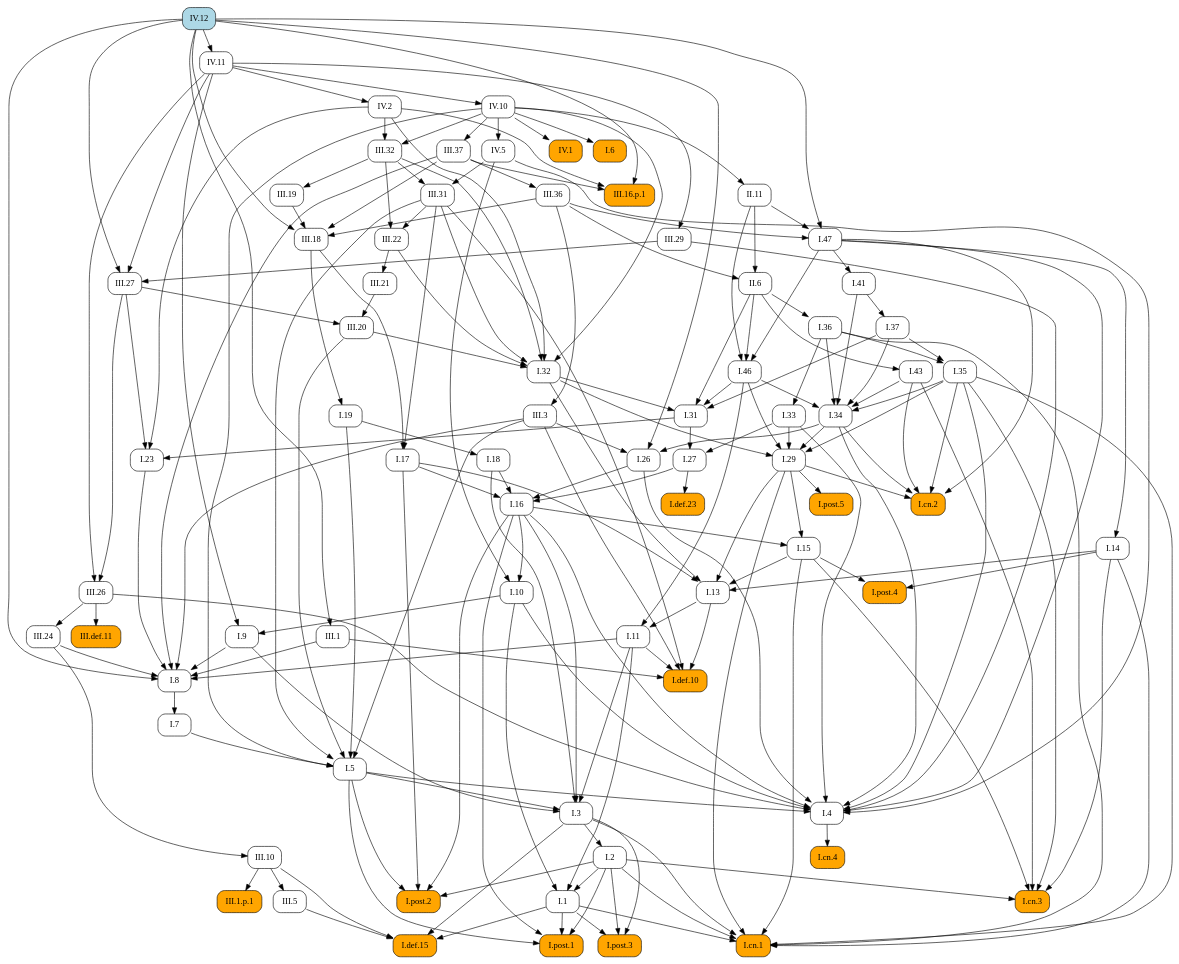
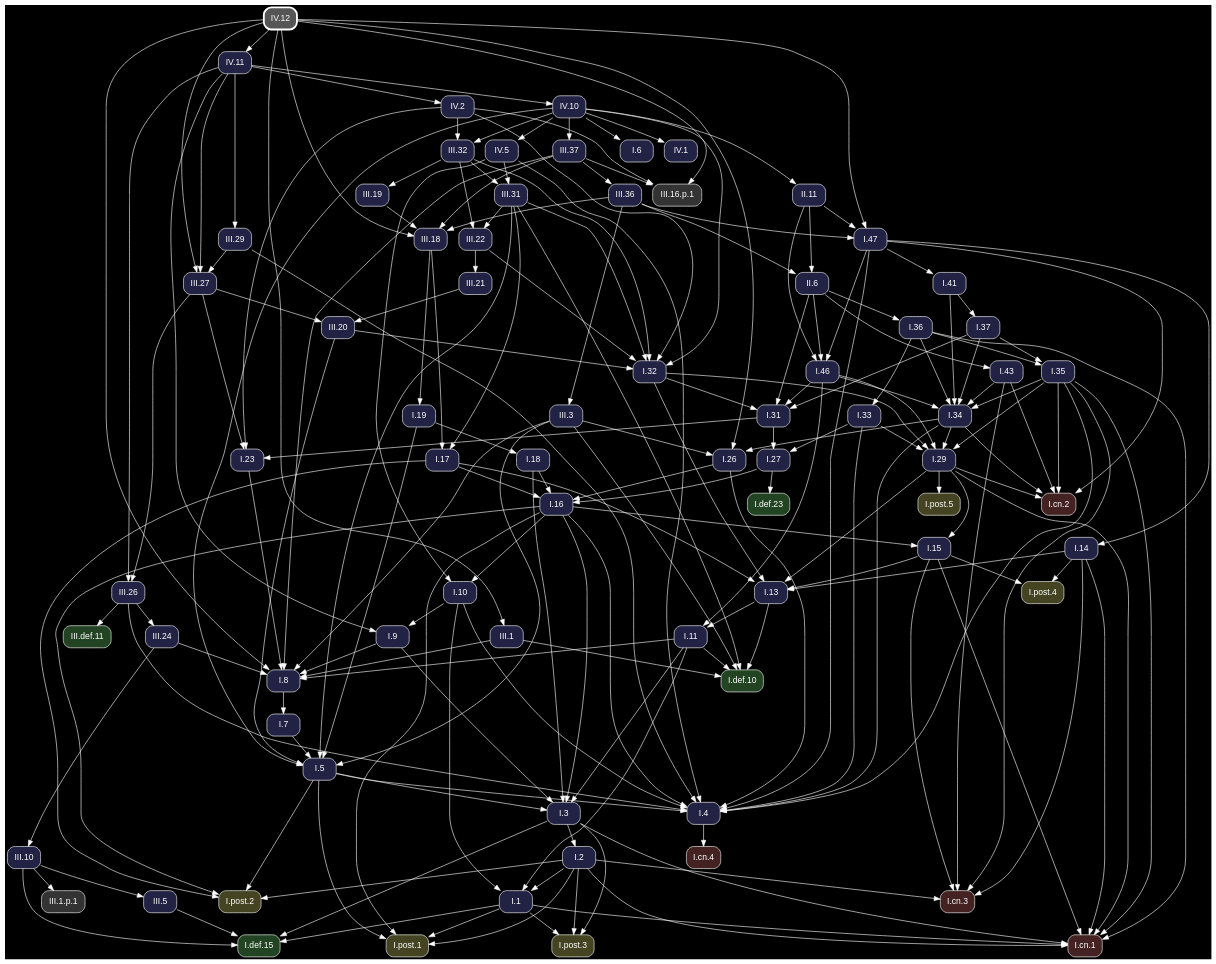
The diagram in docsrc/heath/IV/12/index.rst (geometor/elements), drawn with Graphviz before and after one commit. The commit also changed other lines of this file and 1200 other files, not shown here.

Commit message:
update dependency graphs

```diff
--- a/docsrc/heath/IV/12/index.rst
+++ b/docsrc/heath/IV/12/index.rst
@@ -143,142 +143,205 @@
 .. graphviz::
 
    digraph {
+     bgcolor="black";
+     node [shape=box, style="rounded,filled", fontname="Helvetica", color="white", fontcolor="white"];
+     edge [color="white", fontcolor="white"];
      rankdir="TB";
-     node [shape=box, style=rounded];
-     "I.23" [URL="/heath/I/23/", target="_top"];
-     "I.9" [URL="/heath/I/9/", target="_top"];
-     "III.16.p.1" [style="rounded,filled", fillcolor=orange];
-     "III.24" [URL="/heath/III/24/", target="_top"];
-     "IV.1" [style="rounded,filled", fillcolor=orange, URL="/heath/IV/1/", target="_top"];
-     "I.def.15" [style="rounded,filled", fillcolor=orange, URL="/heath/I/def.15/", target="_top"];
-     "I.post.1" [style="rounded,filled", fillcolor=orange, URL="/heath/I/post.1/", target="_top"];
-     "I.19" [URL="/heath/I/19/", target="_top"];
-     "III.20" [URL="/heath/III/20/", target="_top"];
-     "I.43" [URL="/heath/I/43/", target="_top"];
-     "III.19" [URL="/heath/III/19/", target="_top"];
-     "I.31" [URL="/heath/I/31/", target="_top"];
-     "III.22" [URL="/heath/III/22/", target="_top"];
-     "I.def.10" [style="rounded,filled", fillcolor=orange, URL="/heath/I/def.10/", target="_top"];
-     "IV.12" [style="rounded,filled", fillcolor=lightblue, URL="/heath/IV/12/", target="_top"];
-     "I.14" [URL="/heath/I/14/", target="_top"];
-     "I.34" [URL="/heath/I/34/", target="_top"];
-     "I.3" [URL="/heath/I/3/", target="_top"];
-     "III.18" [URL="/heath/III/18/", target="_top"];
-     "III.37" [URL="/heath/III/37/", target="_top"];
-     "III.32" [URL="/heath/III/32/", target="_top"];
-     "I.2" [URL="/heath/I/2/", target="_top"];
-     "I.13" [URL="/heath/I/13/", target="_top"];
-     "I.post.4" [style="rounded,filled", fillcolor=orange, URL="/heath/I/post.4/", target="_top"];
-     "I.4" [URL="/heath/I/4/", target="_top"];
-     "III.29" [URL="/heath/III/29/", target="_top"];
-     "I.1" [URL="/heath/I/1/", target="_top"];
-     "I.17" [URL="/heath/I/17/", target="_top"];
-     "I.8" [URL="/heath/I/8/", target="_top"];
-     "III.3" [URL="/heath/III/3/", target="_top"];
-     "I.29" [URL="/heath/I/29/", target="_top"];
-     "IV.11" [URL="/heath/IV/11/", target="_top"];
-     "I.15" [URL="/heath/I/15/", target="_top"];
-     "I.10" [URL="/heath/I/10/", target="_top"];
-     "I.11" [URL="/heath/I/11/", target="_top"];
-     "II.11" [URL="/heath/II/11/", target="_top"];
-     "I.def.23" [style="rounded,filled", fillcolor=orange, URL="/heath/I/def.23/", target="_top"];
-     "I.46" [URL="/heath/I/46/", target="_top"];
-     "I.26" [URL="/heath/I/26/", target="_top"];
-     "I.33" [URL="/heath/I/33/", target="_top"];
-     "I.32" [URL="/heath/I/32/", target="_top"];
-     "I.47" [URL="/heath/I/47/", target="_top"];
-     "II.6" [URL="/heath/II/6/", target="_top"];
-     "III.def.11" [style="rounded,filled", fillcolor=orange, URL="/heath/III/def.11/", target="_top"];
-     "III.1" [URL="/heath/III/1/", target="_top"];
-     "I.post.3" [style="rounded,filled", fillcolor=orange, URL="/heath/I/post.3/", target="_top"];
-     "III.10" [URL="/heath/III/10/", target="_top"];
-     "I.18" [URL="/heath/I/18/", target="_top"];
-     "I.27" [URL="/heath/I/27/", target="_top"];
-     "III.5" [URL="/heath/III/5/", target="_top"];
-     "I.35" [URL="/heath/I/35/", target="_top"];
-     "I.cn.1" [style="rounded,filled", fillcolor=orange, URL="/heath/I/cn.1/", target="_top"];
-     "I.7" [URL="/heath/I/7/", target="_top"];
-     "III.27" [URL="/heath/III/27/", target="_top"];
-     "III.26" [URL="/heath/III/26/", target="_top"];
-     "III.36" [URL="/heath/III/36/", target="_top"];
-     "I.36" [URL="/heath/I/36/", target="_top"];
-     "IV.10" [URL="/heath/IV/10/", target="_top"];
-     "I.5" [URL="/heath/I/5/", target="_top"];
-     "I.37" [URL="/heath/I/37/", target="_top"];
-     "I.cn.3" [style="rounded,filled", fillcolor=orange, URL="/heath/I/cn.3/", target="_top"];
-     "I.16" [URL="/heath/I/16/", target="_top"];
-     "III.31" [URL="/heath/III/31/", target="_top"];
-     "III.1.p.1" [style="rounded,filled", fillcolor=orange];
-     "I.cn.2" [style="rounded,filled", fillcolor=orange, URL="/heath/I/cn.2/", target="_top"];
-     "IV.2" [URL="/heath/IV/2/", target="_top"];
-     "I.post.5" [style="rounded,filled", fillcolor=orange, URL="/heath/I/post.5/", target="_top"];
-     "I.cn.4" [style="rounded,filled", fillcolor=orange, URL="/heath/I/cn.4/", target="_top"];
-     "IV.5" [URL="/heath/IV/5/", target="_top"];
-     "I.41" [URL="/heath/I/41/", target="_top"];
-     "I.post.2" [style="rounded,filled", fillcolor=orange, URL="/heath/I/post.2/", target="_top"];
-     "III.21" [URL="/heath/III/21/", target="_top"];
-     "I.6" [style="rounded,filled", fillcolor=orange, URL="/heath/I/6/", target="_top"];
-     "I.31" -> "I.23";
-     "III.27" -> "I.23";
-     "IV.2" -> "I.23";
-     "I.10" -> "I.9";
-     "IV.11" -> "I.9";
-     "III.37" -> "III.16.p.1";
-     "IV.2" -> "III.16.p.1";
-     "IV.12" -> "III.16.p.1";
-     "III.26" -> "III.24";
-     "IV.10" -> "IV.1";
-     "I.1" -> "I.def.15";
-     "I.3" -> "I.def.15";
-     "III.5" -> "I.def.15";
-     "III.10" -> "I.def.15";
-     "I.1" -> "I.post.1";
-     "I.2" -> "I.post.1";
-     "I.5" -> "I.post.1";
-     "I.16" -> "I.post.1";
-     "III.18" -> "I.19";
+     "I.32" [fillcolor="#222244", URL="/heath/I/32/", target="_top"];
+     "I.cn.1" [fillcolor="#442222", URL="/heath/I/cn.1/", target="_top"];
+     "III.32" [fillcolor="#222244", URL="/heath/III/32/", target="_top"];
+     "IV.10" [fillcolor="#222244", URL="/heath/IV/10/", target="_top"];
+     "III.18" [fillcolor="#222244", URL="/heath/III/18/", target="_top"];
+     "I.27" [fillcolor="#222244", URL="/heath/I/27/", target="_top"];
+     "I.2" [fillcolor="#222244", URL="/heath/I/2/", target="_top"];
+     "I.41" [fillcolor="#222244", URL="/heath/I/41/", target="_top"];
+     "I.43" [fillcolor="#222244", URL="/heath/I/43/", target="_top"];
+     "I.post.4" [fillcolor="#444422", URL="/heath/I/post.4/", target="_top"];
+     "I.26" [fillcolor="#222244", URL="/heath/I/26/", target="_top"];
+     "I.8" [fillcolor="#222244", URL="/heath/I/8/", target="_top"];
+     "III.27" [fillcolor="#222244", URL="/heath/III/27/", target="_top"];
+     "III.1.p.1" [fillcolor="#333333"];
+     "I.7" [fillcolor="#222244", URL="/heath/I/7/", target="_top"];
+     "I.5" [fillcolor="#222244", URL="/heath/I/5/", target="_top"];
+     "III.26" [fillcolor="#222244", URL="/heath/III/26/", target="_top"];
+     "I.11" [fillcolor="#222244", URL="/heath/I/11/", target="_top"];
+     "I.37" [fillcolor="#222244", URL="/heath/I/37/", target="_top"];
+     "I.cn.3" [fillcolor="#442222", URL="/heath/I/cn.3/", target="_top"];
+     "III.21" [fillcolor="#222244", URL="/heath/III/21/", target="_top"];
+     "I.36" [fillcolor="#222244", URL="/heath/I/36/", target="_top"];
+     "III.1" [fillcolor="#222244", URL="/heath/III/1/", target="_top"];
+     "I.post.2" [fillcolor="#444422", URL="/heath/I/post.2/", target="_top"];
+     "I.def.23" [fillcolor="#224422", URL="/heath/I/def.23/", target="_top"];
+     "I.35" [fillcolor="#222244", URL="/heath/I/35/", target="_top"];
+     "III.31" [fillcolor="#222244", URL="/heath/III/31/", target="_top"];
+     "I.post.3" [fillcolor="#444422", URL="/heath/I/post.3/", target="_top"];
+     "I.33" [fillcolor="#222244", URL="/heath/I/33/", target="_top"];
+     "III.20" [fillcolor="#222244", URL="/heath/III/20/", target="_top"];
+     "III.def.11" [fillcolor="#224422", URL="/heath/III/def.11/", target="_top"];
+     "I.17" [fillcolor="#222244", URL="/heath/I/17/", target="_top"];
+     "I.31" [fillcolor="#222244", URL="/heath/I/31/", target="_top"];
+     "I.6" [fillcolor="#222244", URL="/heath/I/6/", target="_top"];
+     "III.37" [fillcolor="#222244", URL="/heath/III/37/", target="_top"];
+     "I.3" [fillcolor="#222244", URL="/heath/I/3/", target="_top"];
+     "I.19" [fillcolor="#222244", URL="/heath/I/19/", target="_top"];
+     "I.def.10" [fillcolor="#224422", URL="/heath/I/def.10/", target="_top"];
+     "I.15" [fillcolor="#222244", URL="/heath/I/15/", target="_top"];
+     "I.13" [fillcolor="#222244", URL="/heath/I/13/", target="_top"];
+     "IV.12" [penwidth=3, color="white", fillcolor="#555555", URL="/heath/IV/12/", target="_top"];
+     "I.cn.2" [fillcolor="#442222", URL="/heath/I/cn.2/", target="_top"];
+     "I.9" [fillcolor="#222244", URL="/heath/I/9/", target="_top"];
+     "I.1" [fillcolor="#222244", URL="/heath/I/1/", target="_top"];
+     "I.post.5" [fillcolor="#444422", URL="/heath/I/post.5/", target="_top"];
+     "II.6" [fillcolor="#222244", URL="/heath/II/6/", target="_top"];
+     "I.23" [fillcolor="#222244", URL="/heath/I/23/", target="_top"];
+     "III.24" [fillcolor="#222244", URL="/heath/III/24/", target="_top"];
+     "I.4" [fillcolor="#222244", URL="/heath/I/4/", target="_top"];
+     "IV.11" [fillcolor="#222244", URL="/heath/IV/11/", target="_top"];
+     "II.11" [fillcolor="#222244", URL="/heath/II/11/", target="_top"];
+     "I.10" [fillcolor="#222244", URL="/heath/I/10/", target="_top"];
+     "III.29" [fillcolor="#222244", URL="/heath/III/29/", target="_top"];
+     "IV.5" [fillcolor="#222244", URL="/heath/IV/5/", target="_top"];
+     "III.22" [fillcolor="#222244", URL="/heath/III/22/", target="_top"];
+     "I.46" [fillcolor="#222244", URL="/heath/I/46/", target="_top"];
+     "III.10" [fillcolor="#222244", URL="/heath/III/10/", target="_top"];
+     "III.36" [fillcolor="#222244", URL="/heath/III/36/", target="_top"];
+     "I.post.1" [fillcolor="#444422", URL="/heath/I/post.1/", target="_top"];
+     "IV.1" [fillcolor="#222244", URL="/heath/IV/1/", target="_top"];
+     "I.16" [fillcolor="#222244", URL="/heath/I/16/", target="_top"];
+     "I.29" [fillcolor="#222244", URL="/heath/I/29/", target="_top"];
+     "I.cn.4" [fillcolor="#442222", URL="/heath/I/cn.4/", target="_top"];
+     "I.47" [fillcolor="#222244", URL="/heath/I/47/", target="_top"];
+     "I.14" [fillcolor="#222244", URL="/heath/I/14/", target="_top"];
+     "IV.2" [fillcolor="#222244", URL="/heath/IV/2/", target="_top"];
+     "III.3" [fillcolor="#222244", URL="/heath/III/3/", target="_top"];
+     "III.19" [fillcolor="#222244", URL="/heath/III/19/", target="_top"];
+     "I.18" [fillcolor="#222244", URL="/heath/I/18/", target="_top"];
+     "I.34" [fillcolor="#222244", URL="/heath/I/34/", target="_top"];
+     "III.5" [fillcolor="#222244", URL="/heath/III/5/", target="_top"];
+     "I.def.15" [fillcolor="#224422", URL="/heath/I/def.15/", target="_top"];
+     "III.16.p.1" [fillcolor="#333333"];
+     "III.20" -> "I.32";
+     "III.22" -> "I.32";
+     "III.31" -> "I.32";
+     "III.32" -> "I.32";
+     "IV.2" -> "I.32";
+     "IV.10" -> "I.32";
+     "I.1" -> "I.cn.1";
+     "I.2" -> "I.cn.1";
+     "I.3" -> "I.cn.1";
+     "I.14" -> "I.cn.1";
+     "I.15" -> "I.cn.1";
+     "I.29" -> "I.cn.1";
+     "I.35" -> "I.cn.1";
+     "I.36" -> "I.cn.1";
+     "IV.2" -> "III.32";
+     "IV.10" -> "III.32";
+     "IV.11" -> "IV.10";
+     "III.19" -> "III.18";
+     "III.36" -> "III.18";
+     "III.37" -> "III.18";
+     "IV.12" -> "III.18";
+     "I.31" -> "I.27";
+     "I.33" -> "I.27";
+     "I.3" -> "I.2";
+     "I.47" -> "I.41";
+     "II.6" -> "I.43";
+     "I.14" -> "I.post.4";
+     "I.15" -> "I.post.4";
+     "I.34" -> "I.26";
+     "III.3" -> "I.26";
+     "IV.12" -> "I.26";
+     "I.9" -> "I.8";
+     "I.11" -> "I.8";
+     "I.23" -> "I.8";
+     "III.1" -> "I.8";
+     "III.3" -> "I.8";
+     "III.24" -> "I.8";
+     "III.37" -> "I.8";
+     "IV.12" -> "I.8";
+     "III.29" -> "III.27";
+     "IV.11" -> "III.27";
+     "IV.12" -> "III.27";
+     "III.10" -> "III.1.p.1";
+     "I.8" -> "I.7";
+     "I.7" -> "I.5";
+     "I.19" -> "I.5";
+     "III.3" -> "I.5";
+     "III.20" -> "I.5";
+     "III.31" -> "I.5";
+     "IV.10" -> "I.5";
+     "III.27" -> "III.26";
+     "IV.11" -> "III.26";
+     "I.13" -> "I.11";
+     "I.46" -> "I.11";
+     "I.41" -> "I.37";
+     "I.2" -> "I.cn.3";
+     "I.14" -> "I.cn.3";
+     "I.15" -> "I.cn.3";
+     "I.35" -> "I.cn.3";
+     "I.43" -> "I.cn.3";
+     "III.22" -> "III.21";
+     "II.6" -> "I.36";
+     "IV.12" -> "III.1";
+     "I.2" -> "I.post.2";
+     "I.5" -> "I.post.2";
+     "I.16" -> "I.post.2";
+     "I.17" -> "I.post.2";
+     "I.27" -> "I.def.23";
+     "I.36" -> "I.35";
+     "I.37" -> "I.35";
+     "III.32" -> "III.31";
+     "IV.5" -> "III.31";
+     "I.1" -> "I.post.3";
+     "I.2" -> "I.post.3";
+     "I.3" -> "I.post.3";
+     "I.36" -> "I.33";
      "III.21" -> "III.20";
      "III.27" -> "III.20";
-     "II.6" -> "I.43";
-     "III.32" -> "III.19";
+     "III.26" -> "III.def.11";
+     "III.18" -> "I.17";
+     "III.31" -> "I.17";
      "I.32" -> "I.31";
      "I.37" -> "I.31";
      "I.46" -> "I.31";
      "II.6" -> "I.31";
-     "III.31" -> "III.22";
-     "III.32" -> "III.22";
+     "IV.10" -> "I.6";
+     "IV.10" -> "III.37";
+     "I.5" -> "I.3";
+     "I.9" -> "I.3";
+     "I.11" -> "I.3";
+     "I.16" -> "I.3";
+     "I.18" -> "I.3";
+     "III.18" -> "I.19";
      "I.11" -> "I.def.10";
      "I.13" -> "I.def.10";
      "III.1" -> "I.def.10";
      "III.3" -> "I.def.10";
      "III.31" -> "I.def.10";
-     "I.47" -> "I.14";
-     "I.35" -> "I.34";
-     "I.36" -> "I.34";
-     "I.37" -> "I.34";
-     "I.41" -> "I.34";
-     "I.43" -> "I.34";
-     "I.46" -> "I.34";
-     "I.5" -> "I.3";
-     "I.9" -> "I.3";
-     "I.11" -> "I.3";
-     "I.16" -> "I.3";
-     "I.18" -> "I.3";
-     "III.19" -> "III.18";
-     "III.36" -> "III.18";
-     "III.37" -> "III.18";
-     "IV.12" -> "III.18";
-     "IV.10" -> "III.37";
-     "IV.2" -> "III.32";
-     "IV.10" -> "III.32";
-     "I.3" -> "I.2";
+     "I.16" -> "I.15";
+     "I.29" -> "I.15";
      "I.14" -> "I.13";
      "I.15" -> "I.13";
      "I.17" -> "I.13";
      "I.29" -> "I.13";
      "I.32" -> "I.13";
-     "I.14" -> "I.post.4";
-     "I.15" -> "I.post.4";
+     "I.29" -> "I.cn.2";
+     "I.34" -> "I.cn.2";
+     "I.35" -> "I.cn.2";
+     "I.43" -> "I.cn.2";
+     "I.47" -> "I.cn.2";
+     "I.10" -> "I.9";
+     "IV.11" -> "I.9";
+     "I.2" -> "I.1";
+     "I.10" -> "I.1";
+     "I.11" -> "I.1";
+     "I.29" -> "I.post.5";
+     "II.11" -> "II.6";
+     "III.36" -> "II.6";
+     "I.31" -> "I.23";
+     "III.27" -> "I.23";
+     "IV.2" -> "I.23";
+     "III.26" -> "III.24";
      "I.5" -> "I.4";
      "I.10" -> "I.4";
      "I.16" -> "I.4";
@@ -290,115 +353,54 @@
      "III.26" -> "I.4";
      "III.29" -> "I.4";
      "IV.5" -> "I.4";
+     "IV.12" -> "IV.11";
+     "IV.10" -> "II.11";
+     "I.16" -> "I.10";
+     "IV.5" -> "I.10";
      "IV.11" -> "III.29";
-     "I.2" -> "I.1";
-     "I.10" -> "I.1";
-     "I.11" -> "I.1";
-     "III.18" -> "I.17";
-     "III.31" -> "I.17";
-     "I.9" -> "I.8";
-     "I.11" -> "I.8";
-     "I.23" -> "I.8";
-     "III.1" -> "I.8";
-     "III.3" -> "I.8";
-     "III.24" -> "I.8";
-     "III.37" -> "I.8";
-     "IV.12" -> "I.8";
-     "III.36" -> "III.3";
+     "IV.10" -> "IV.5";
+     "III.31" -> "III.22";
+     "III.32" -> "III.22";
+     "I.47" -> "I.46";
+     "II.6" -> "I.46";
+     "II.11" -> "I.46";
+     "III.24" -> "III.10";
+     "III.37" -> "III.36";
+     "I.1" -> "I.post.1";
+     "I.2" -> "I.post.1";
+     "I.5" -> "I.post.1";
+     "I.16" -> "I.post.1";
+     "IV.10" -> "IV.1";
+     "I.17" -> "I.16";
+     "I.18" -> "I.16";
+     "I.26" -> "I.16";
+     "I.27" -> "I.16";
      "I.32" -> "I.29";
      "I.33" -> "I.29";
      "I.34" -> "I.29";
      "I.35" -> "I.29";
      "I.46" -> "I.29";
-     "IV.12" -> "IV.11";
-     "I.16" -> "I.15";
-     "I.29" -> "I.15";
-     "I.16" -> "I.10";
-     "IV.5" -> "I.10";
-     "I.13" -> "I.11";
-     "I.46" -> "I.11";
-     "IV.10" -> "II.11";
-     "I.27" -> "I.def.23";
-     "I.47" -> "I.46";
-     "II.6" -> "I.46";
-     "II.11" -> "I.46";
-     "I.34" -> "I.26";
-     "III.3" -> "I.26";
-     "IV.12" -> "I.26";
-     "I.36" -> "I.33";
-     "III.20" -> "I.32";
-     "III.22" -> "I.32";
-     "III.31" -> "I.32";
-     "III.32" -> "I.32";
-     "IV.2" -> "I.32";
-     "IV.10" -> "I.32";
+     "I.4" -> "I.cn.4";
      "II.11" -> "I.47";
      "III.36" -> "I.47";
      "IV.12" -> "I.47";
-     "II.11" -> "II.6";
-     "III.36" -> "II.6";
-     "III.26" -> "III.def.11";
-     "IV.12" -> "III.1";
-     "I.1" -> "I.post.3";
-     "I.2" -> "I.post.3";
-     "I.3" -> "I.post.3";
-     "III.24" -> "III.10";
+     "I.47" -> "I.14";
+     "IV.11" -> "IV.2";
+     "III.36" -> "III.3";
+     "III.32" -> "III.19";
      "I.19" -> "I.18";
-     "I.31" -> "I.27";
-     "I.33" -> "I.27";
+     "I.35" -> "I.34";
+     "I.36" -> "I.34";
+     "I.37" -> "I.34";
+     "I.41" -> "I.34";
+     "I.43" -> "I.34";
+     "I.46" -> "I.34";
      "III.10" -> "III.5";
-     "I.36" -> "I.35";
-     "I.37" -> "I.35";
-     "I.1" -> "I.cn.1";
-     "I.2" -> "I.cn.1";
-     "I.3" -> "I.cn.1";
-     "I.14" -> "I.cn.1";
-     "I.15" -> "I.cn.1";
-     "I.29" -> "I.cn.1";
-     "I.35" -> "I.cn.1";
-     "I.36" -> "I.cn.1";
-     "I.8" -> "I.7";
-     "III.29" -> "III.27";
-     "IV.11" -> "III.27";
-     "IV.12" -> "III.27";
-     "III.27" -> "III.26";
-     "IV.11" -> "III.26";
-     "III.37" -> "III.36";
-     "II.6" -> "I.36";
-     "IV.11" -> "IV.10";
-     "I.7" -> "I.5";
-     "I.19" -> "I.5";
-     "III.3" -> "I.5";
-     "III.20" -> "I.5";
-     "III.31" -> "I.5";
-     "IV.10" -> "I.5";
-     "I.41" -> "I.37";
-     "I.2" -> "I.cn.3";
-     "I.14" -> "I.cn.3";
-     "I.15" -> "I.cn.3";
-     "I.35" -> "I.cn.3";
-     "I.43" -> "I.cn.3";
-     "I.17" -> "I.16";
-     "I.18" -> "I.16";
-     "I.26" -> "I.16";
-     "I.27" -> "I.16";
-     "III.32" -> "III.31";
-     "IV.5" -> "III.31";
-     "III.10" -> "III.1.p.1";
-     "I.29" -> "I.cn.2";
-     "I.34" -> "I.cn.2";
-     "I.35" -> "I.cn.2";
-     "I.43" -> "I.cn.2";
-     "I.47" -> "I.cn.2";
-     "IV.11" -> "IV.2";
-     "I.29" -> "I.post.5";
-     "I.4" -> "I.cn.4";
-     "IV.10" -> "IV.5";
-     "I.47" -> "I.41";
-     "I.2" -> "I.post.2";
-     "I.5" -> "I.post.2";
-     "I.16" -> "I.post.2";
-     "I.17" -> "I.post.2";
-     "III.22" -> "III.21";
-     "IV.10" -> "I.6";
+     "I.1" -> "I.def.15";
+     "I.3" -> "I.def.15";
+     "III.5" -> "I.def.15";
+     "III.10" -> "I.def.15";
+     "III.37" -> "III.16.p.1";
+     "IV.2" -> "III.16.p.1";
+     "IV.12" -> "III.16.p.1";
    }
```
